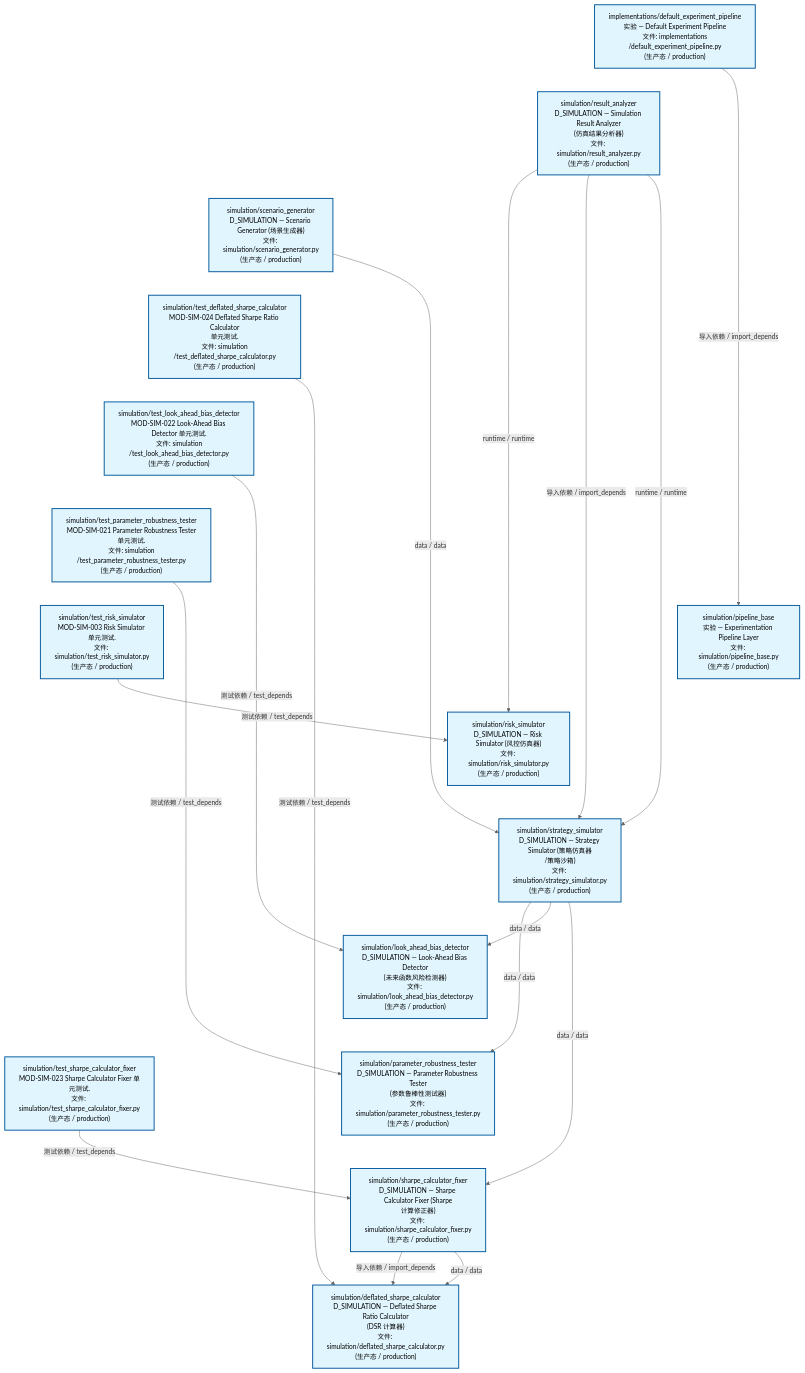
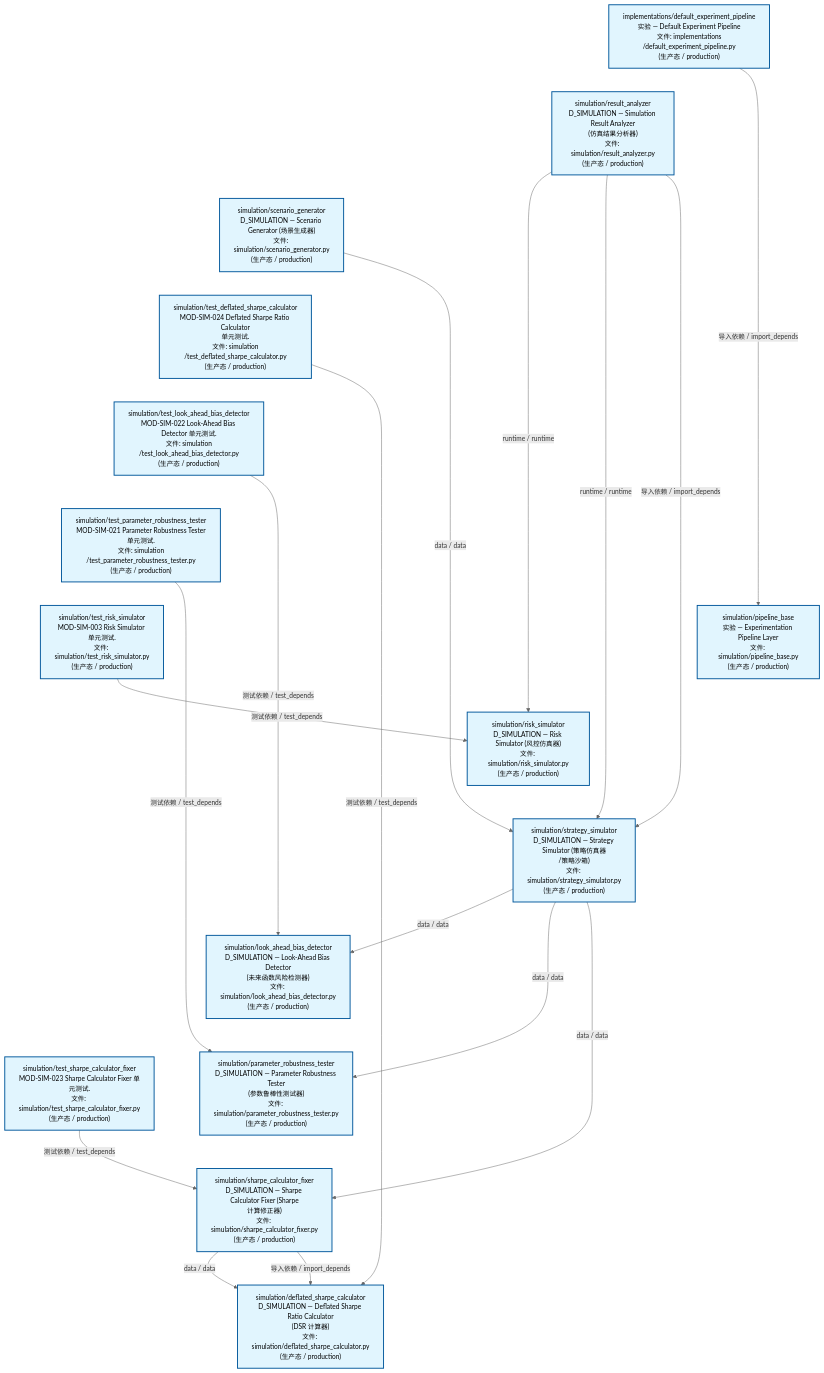
Before and after one commit to xuanFelixVan/ZephyrAlpha: the second of 3 diagrams in docs/02_enterprise_architecture/02_domain_architecture_docs/70_d_simulation.md, drawn with Mermaid. The commit also changed other lines of this file and 46 other files, not shown here.

````diff
--- a/docs/02_enterprise_architecture/02_domain_architecture_docs/70_d_simulation.md
+++ b/docs/02_enterprise_architecture/02_domain_architecture_docs/70_d_simulation.md
@@ -120,50 +120,50 @@
 ```mermaid
 %%{init: {'theme': 'base', 'themeVariables': {'primaryColor': '#eaeaea', 'primaryTextColor': '#333333', 'primaryBorderColor': '#666666', 'lineColor': '#666666', 'secondaryColor': '#eaeaea', 'tertiaryColor': '#eaeaea', 'fontSize': '14px'}}}%%
 flowchart TD
     src_zephyr_simulation_implementations_default_experiment_pipeline_py["implementations/default_experiment_pipeline<br/>实验 — Default Experiment Pipeline<br/>文件: implementations<br/>/default_experiment_pipeline.py<br/>(生产态 / production)"]
     src_zephyr_simulation_result_analyzer_py["simulation/result_analyzer<br/>D_SIMULATION — Simulation Result Analyzer<br/>(仿真结果分析器)<br/>文件: simulation/result_analyzer.py<br/>(生产态 / production)"]
     src_zephyr_simulation_scenario_generator_py["simulation/scenario_generator<br/>D_SIMULATION — Scenario Generator (场景生成器)<br/>文件: simulation/scenario_generator.py<br/>(生产态 / production)"]
     tests_simulation_test_deflated_sharpe_calculator_py["simulation/test_deflated_sharpe_calculator<br/>MOD-SIM-024 Deflated Sharpe Ratio Calculator<br/>单元测试.<br/>文件: simulation<br/>/test_deflated_sharpe_calculator.py<br/>(生产态 / production)"]
     tests_simulation_test_look_ahead_bias_detector_py["simulation/test_look_ahead_bias_detector<br/>MOD-SIM-022 Look-Ahead Bias Detector 单元测试.<br/>文件: simulation<br/>/test_look_ahead_bias_detector.py<br/>(生产态 / production)"]
     tests_simulation_test_parameter_robustness_tester_py["simulation/test_parameter_robustness_tester<br/>MOD-SIM-021 Parameter Robustness Tester<br/>单元测试.<br/>文件: simulation<br/>/test_parameter_robustness_tester.py<br/>(生产态 / production)"]
     tests_simulation_test_risk_simulator_py["simulation/test_risk_simulator<br/>MOD-SIM-003 Risk Simulator 单元测试.<br/>文件: simulation/test_risk_simulator.py<br/>(生产态 / production)"]
     tests_simulation_test_sharpe_calculator_fixer_py["simulation/test_sharpe_calculator_fixer<br/>MOD-SIM-023 Sharpe Calculator Fixer 单元测试.<br/>文件: simulation/test_sharpe_calculator_fixer.py<br/>(生产态 / production)"]
     src_zephyr_simulation_implementations_default_experiment_pipeline_py ~~~ src_zephyr_simulation_result_analyzer_py
     src_zephyr_simulation_result_analyzer_py ~~~ src_zephyr_simulation_scenario_generator_py
     src_zephyr_simulation_scenario_generator_py ~~~ tests_simulation_test_deflated_sharpe_calculator_py
     tests_simulation_test_deflated_sharpe_calculator_py ~~~ tests_simulation_test_look_ahead_bias_detector_py
     tests_simulation_test_look_ahead_bias_detector_py ~~~ tests_simulation_test_parameter_robustness_tester_py
     tests_simulation_test_parameter_robustness_tester_py ~~~ tests_simulation_test_risk_simulator_py
     tests_simulation_test_risk_simulator_py ~~~ tests_simulation_test_sharpe_calculator_fixer_py
     src_zephyr_simulation_pipeline_base_py["simulation/pipeline_base<br/>实验 — Experimentation Pipeline Layer<br/>文件: simulation/pipeline_base.py<br/>(生产态 / production)"]
     src_zephyr_simulation_risk_simulator_py["simulation/risk_simulator<br/>D_SIMULATION — Risk Simulator (风控仿真器)<br/>文件: simulation/risk_simulator.py<br/>(生产态 / production)"]
     src_zephyr_simulation_strategy_simulator_py["simulation/strategy_simulator<br/>D_SIMULATION — Strategy Simulator (策略仿真器<br/>/策略沙箱)<br/>文件: simulation/strategy_simulator.py<br/>(生产态 / production)"]
     src_zephyr_simulation_pipeline_base_py ~~~ src_zephyr_simulation_risk_simulator_py
     src_zephyr_simulation_risk_simulator_py ~~~ src_zephyr_simulation_strategy_simulator_py
     src_zephyr_simulation_look_ahead_bias_detector_py["simulation/look_ahead_bias_detector<br/>D_SIMULATION — Look-Ahead Bias Detector<br/>(未来函数风险检测器)<br/>文件: simulation/look_ahead_bias_detector.py<br/>(生产态 / production)"]
     src_zephyr_simulation_parameter_robustness_tester_py["simulation/parameter_robustness_tester<br/>D_SIMULATION — Parameter Robustness Tester<br/>(参数鲁棒性测试器)<br/>文件: simulation/parameter_robustness_tester.py<br/>(生产态 / production)"]
     src_zephyr_simulation_sharpe_calculator_fixer_py["simulation/sharpe_calculator_fixer<br/>D_SIMULATION — Sharpe Calculator Fixer (Sharpe<br/>计算修正器)<br/>文件: simulation/sharpe_calculator_fixer.py<br/>(生产态 / production)"]
     src_zephyr_simulation_look_ahead_bias_detector_py ~~~ src_zephyr_simulation_parameter_robustness_tester_py
     src_zephyr_simulation_parameter_robustness_tester_py ~~~ src_zephyr_simulation_sharpe_calculator_fixer_py
     src_zephyr_simulation_deflated_sharpe_calculator_py["simulation/deflated_sharpe_calculator<br/>D_SIMULATION — Deflated Sharpe Ratio Calculator<br/>(DSR 计算器)<br/>文件: simulation/deflated_sharpe_calculator.py<br/>(生产态 / production)"]
+    src_zephyr_simulation_result_analyzer_py -->|runtime / runtime| src_zephyr_simulation_risk_simulator_py
+    src_zephyr_simulation_result_analyzer_py -->|runtime / runtime| src_zephyr_simulation_strategy_simulator_py
+    src_zephyr_simulation_result_analyzer_py -->|导入依赖 / import_depends| src_zephyr_simulation_strategy_simulator_py
+    src_zephyr_simulation_strategy_simulator_py -->|data / data| src_zephyr_simulation_look_ahead_bias_detector_py
+    src_zephyr_simulation_strategy_simulator_py -->|data / data| src_zephyr_simulation_parameter_robustness_tester_py
+    src_zephyr_simulation_strategy_simulator_py -->|data / data| src_zephyr_simulation_sharpe_calculator_fixer_py
+    src_zephyr_simulation_scenario_generator_py -->|data / data| src_zephyr_simulation_strategy_simulator_py
+    src_zephyr_simulation_sharpe_calculator_fixer_py -->|data / data| src_zephyr_simulation_deflated_sharpe_calculator_py
     src_zephyr_simulation_sharpe_calculator_fixer_py -->|导入依赖 / import_depends| src_zephyr_simulation_deflated_sharpe_calculator_py
-    src_zephyr_simulation_sharpe_calculator_fixer_py -->|data / data| src_zephyr_simulation_deflated_sharpe_calculator_py
-    src_zephyr_simulation_result_analyzer_py -->|runtime / runtime| src_zephyr_simulation_risk_simulator_py
-    src_zephyr_simulation_result_analyzer_py -->|导入依赖 / import_depends| src_zephyr_simulation_strategy_simulator_py
-    src_zephyr_simulation_result_analyzer_py -->|runtime / runtime| src_zephyr_simulation_strategy_simulator_py
-    src_zephyr_simulation_scenario_generator_py -->|data / data| src_zephyr_simulation_strategy_simulator_py
-    src_zephyr_simulation_strategy_simulator_py -->|data / data| src_zephyr_simulation_parameter_robustness_tester_py
-    src_zephyr_simulation_strategy_simulator_py -->|data / data| src_zephyr_simulation_look_ahead_bias_detector_py
-    src_zephyr_simulation_strategy_simulator_py -->|data / data| src_zephyr_simulation_sharpe_calculator_fixer_py
     src_zephyr_simulation_implementations_default_experiment_pipeline_py -->|导入依赖 / import_depends| src_zephyr_simulation_pipeline_base_py
     tests_simulation_test_deflated_sharpe_calculator_py -->|测试依赖 / test_depends| src_zephyr_simulation_deflated_sharpe_calculator_py
+    tests_simulation_test_parameter_robustness_tester_py -->|测试依赖 / test_depends| src_zephyr_simulation_parameter_robustness_tester_py
     tests_simulation_test_look_ahead_bias_detector_py -->|测试依赖 / test_depends| src_zephyr_simulation_look_ahead_bias_detector_py
-    tests_simulation_test_parameter_robustness_tester_py -->|测试依赖 / test_depends| src_zephyr_simulation_parameter_robustness_tester_py
     tests_simulation_test_risk_simulator_py -->|测试依赖 / test_depends| src_zephyr_simulation_risk_simulator_py
     tests_simulation_test_sharpe_calculator_fixer_py -->|测试依赖 / test_depends| src_zephyr_simulation_sharpe_calculator_fixer_py
     classDef production fill:#e1f5fe,stroke:#01579b,stroke-width:2px,color:#000
     classDef design fill:#fff3e0,stroke:#e65100,stroke-width:2px,color:#000,stroke-dasharray: 5 5
     classDef external_prod fill:#e8f4fd,stroke:#0277bd,stroke-width:1px,color:#000
     classDef external_design fill:#fff8e7,stroke:#ef6c00,stroke-width:1px,color:#000,stroke-dasharray: 5 5
     class src_zephyr_simulation_deflated_sharpe_calculator_py,src_zephyr_simulation_implementations_default_experiment_pipeline_py,src_zephyr_simulation_look_ahead_bias_detector_py,src_zephyr_simulation_parameter_robustness_tester_py,src_zephyr_simulation_pipeline_base_py,src_zephyr_simulation_result_analyzer_py,src_zephyr_simulation_risk_simulator_py,src_zephyr_simulation_scenario_generator_py,src_zephyr_simulation_sharpe_calculator_fixer_py,src_zephyr_simulation_strategy_simulator_py,tests_simulation_test_deflated_sharpe_calculator_py,tests_simulation_test_look_ahead_bias_detector_py,tests_simulation_test_parameter_robustness_tester_py,tests_simulation_test_risk_simulator_py,tests_simulation_test_sharpe_calculator_fixer_py production
 ```
````
